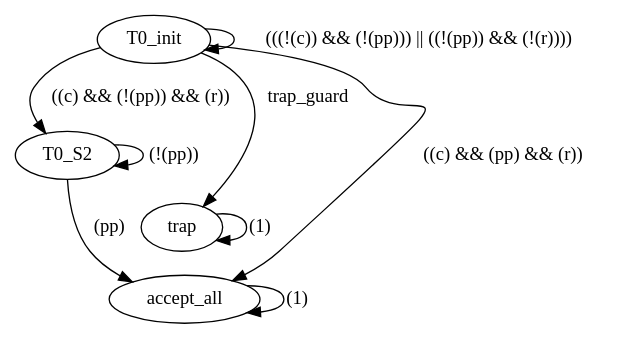
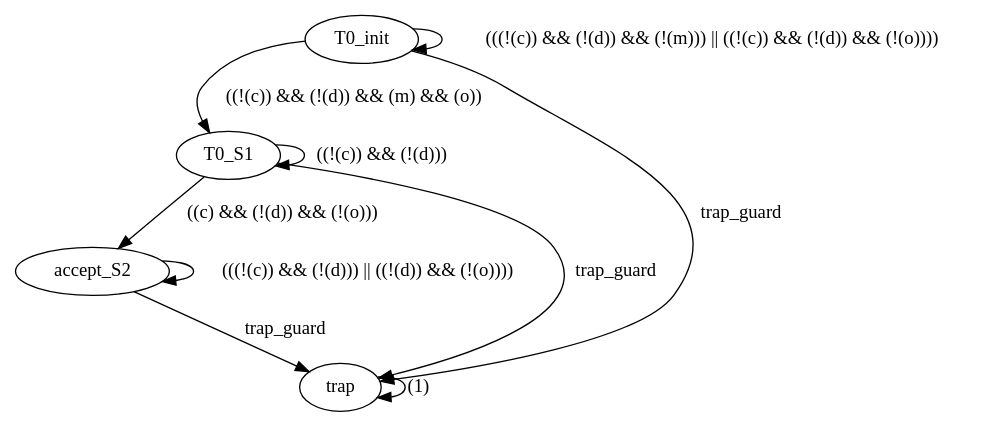
One commit to xli4217/cbf_learning_feasibility changed the diagram in docker/dirs-to-copy/tl_utils/sandbox/figures/g.dot. Above: the diagram before and after it, drawn with Graphviz. The commit also changed 6 other files, not shown here.

```diff
--- a/docker/dirs-to-copy/tl_utils/sandbox/figures/g.dot
+++ b/docker/dirs-to-copy/tl_utils/sandbox/figures/g.dot
@@ -1,14 +1,15 @@
 digraph "" {
-T0_S2;
+accept_S2;
 T0_init;
+T0_S1;
 trap;
-accept_all;
-T0_S2 -> T0_S2  [guard="(!(pp))", input="set([0, 2, 4, 6])", key=0, label="(!(pp))", weight=0];
-T0_S2 -> accept_all  [guard="(pp)", input="set([1, 3, 5, 7])", key=0, label="(pp)", weight=0];
-T0_init -> T0_S2  [guard="((c) && (!(pp)) && (r))", input="set([6])", key=0, label="((c) && (!(pp)) && (r))", weight=0];
-T0_init -> T0_init  [guard="(((!(c)) && (!(pp))) || ((!(pp)) && (!(r))))", input="set([0, 2, 4])", key=0, label="(((!(c)) && (!(pp))) || ((!(pp)) && (!(r))))", weight=0];
-T0_init -> trap  [guard=trap_guard, input="set([1, 3, 5])", key=0, label=trap_guard, weight=0];
-T0_init -> accept_all  [guard="((c) && (pp) && (r))", input="set([7])", key=0, label="((c) && (pp) && (r))", weight=0];
-trap -> trap  [guard="(1)", input="set([0, 1, 2, 3, 4, 5, 6, 7])", key=0, label="(1)", weight=0];
-accept_all -> accept_all  [guard="(1)", input="set([0, 1, 2, 3, 4, 5, 6, 7])", key=0, label="(1)", weight=0];
+accept_S2 -> accept_S2  [guard="(((!(c)) && (!(d))) || ((!(d)) && (!(o))))", input="set([0, 1, 2, 3, 8, 10])", key=0, label="(((!(c)) && (!(d))) || ((!(d)) && (!(o))))", weight=0];
+accept_S2 -> trap  [guard=trap_guard, input="set([4, 5, 6, 7, 9, 11, 12, 13, 14, 15])", key=0, label=trap_guard, weight=0];
+T0_init -> T0_init  [guard="(((!(c)) && (!(d)) && (!(m))) || ((!(c)) && (!(d)) && (!(o))))", input="set([0, 8, 2])", key=0, label="(((!(c)) && (!(d)) && (!(m))) || ((!(c)) && (!(d)) && (!(o))))", weight=0];
+T0_init -> T0_S1  [guard="((!(c)) && (!(d)) && (m) && (o))", input="set([10])", key=0, label="((!(c)) && (!(d)) && (m) && (o))", weight=0];
+T0_init -> trap  [guard=trap_guard, input="set([1, 3, 4, 5, 6, 7, 9, 11, 12, 13, 14, 15])", key=0, label=trap_guard, weight=0];
+T0_S1 -> accept_S2  [guard="((c) && (!(d)) && (!(o)))", input="set([1, 3])", key=0, label="((c) && (!(d)) && (!(o)))", weight=0];
+T0_S1 -> T0_S1  [guard="((!(c)) && (!(d)))", input="set([0, 8, 2, 10])", key=0, label="((!(c)) && (!(d)))", weight=0];
+T0_S1 -> trap  [guard=trap_guard, input="set([4, 5, 6, 7, 9, 11, 12, 13, 14, 15])", key=0, label=trap_guard, weight=0];
+trap -> trap  [guard="(1)", input="set([0, 1, 2, 3, 4, 5, 6, 7, 8, 9, 10, 11, 12, 13, 14, 15])", key=0, label="(1)", weight=0];
 }
```
